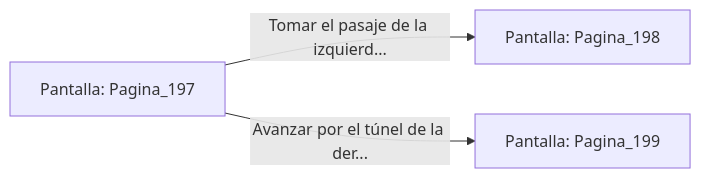
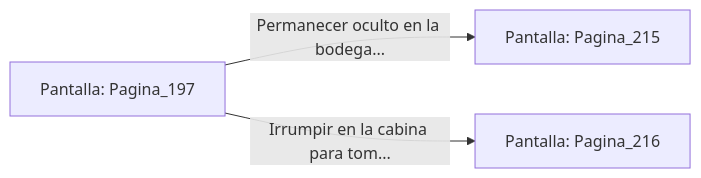
Before and after one commit to metsuke/mpl: the diagram in sample/eligejuego-vault/Pantalla_Pagina_197.md, drawn with Mermaid. The commit also changed other lines of this file and 635 other files, not shown here.

First line of the commit message:
fix: añadir Pagina_1 como pantalla inicial en capitulo_01.mpl

````diff
--- a/sample/eligejuego-vault/Pantalla_Pagina_197.md
+++ b/sample/eligejuego-vault/Pantalla_Pagina_197.md
@@ -20,6 +24,6 @@
 ```mermaid
 graph LR
     P_Pagina_197["Pantalla: Pagina_197"]
-    P_Pagina_197 -->|"Tomar el pasaje de la izquierd..."| P_Pagina_198["Pantalla: Pagina_198"]
-    P_Pagina_197 -->|"Avanzar por el túnel de la der..."| P_Pagina_199["Pantalla: Pagina_199"]
+    P_Pagina_197 -->|"Permanecer oculto en la bodega..."| P_Pagina_215["Pantalla: Pagina_215"]
+    P_Pagina_197 -->|"Irrumpir en la cabina para tom..."| P_Pagina_216["Pantalla: Pagina_216"]
 ```
````
